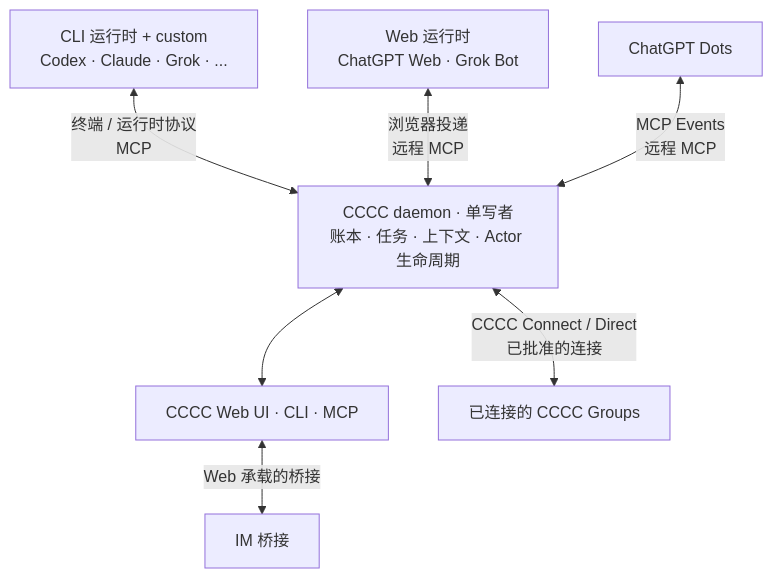
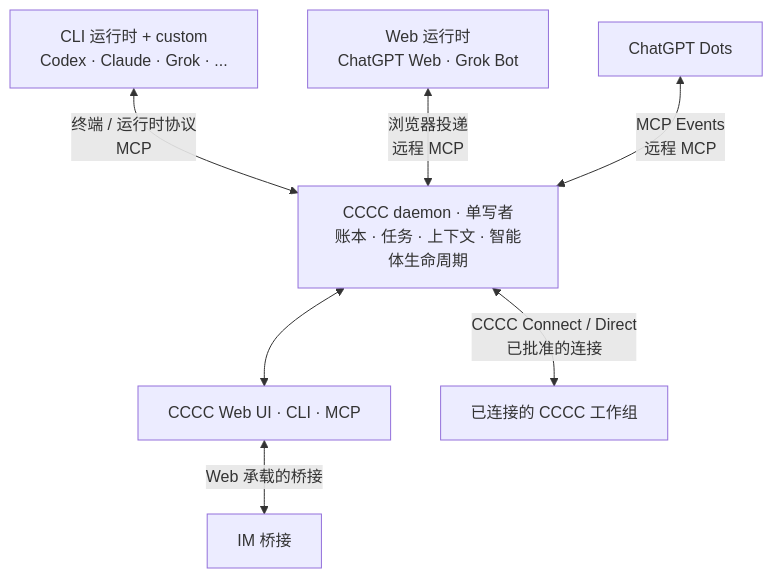
Before and after one commit to ChesterRa/cccc: the diagram in README.zh-CN.md, drawn with Mermaid. The commit also changed other lines of this file and 121 other files, not shown here.

````diff
--- a/README.zh-CN.md
+++ b/README.zh-CN.md
@@ -185,17 +187,17 @@
 ```mermaid
 graph TB
     A1["CLI 运行时 + custom<br/>Codex · Claude · Grok · ..."]
     A3["Web 运行时<br/>ChatGPT Web · Grok Bot"]
     A6["ChatGPT Dots"]
-    Daemon["CCCC daemon · 单写者<br/>账本 · 任务 · 上下文 · Actor 生命周期"]
+    Daemon["CCCC daemon · 单写者<br/>账本 · 任务 · 上下文 · 智能体生命周期"]
     Ports["CCCC Web UI · CLI · MCP"]
     IM["IM 桥接"]
-    Remote["已连接的 CCCC Groups"]
+    Remote["已连接的 CCCC 工作组"]
 
     A1 <-->|终端 / 运行时协议<br/>MCP| Daemon
     A3 <-->|浏览器投递<br/>远程 MCP| Daemon
     A6 <-->|MCP Events<br/>远程 MCP| Daemon
     Daemon <--> Ports
     Ports <-->|Web 承载的桥接| IM
     Daemon <-->|CCCC Connect / Direct<br/>已批准的连接| Remote
 ```
````
